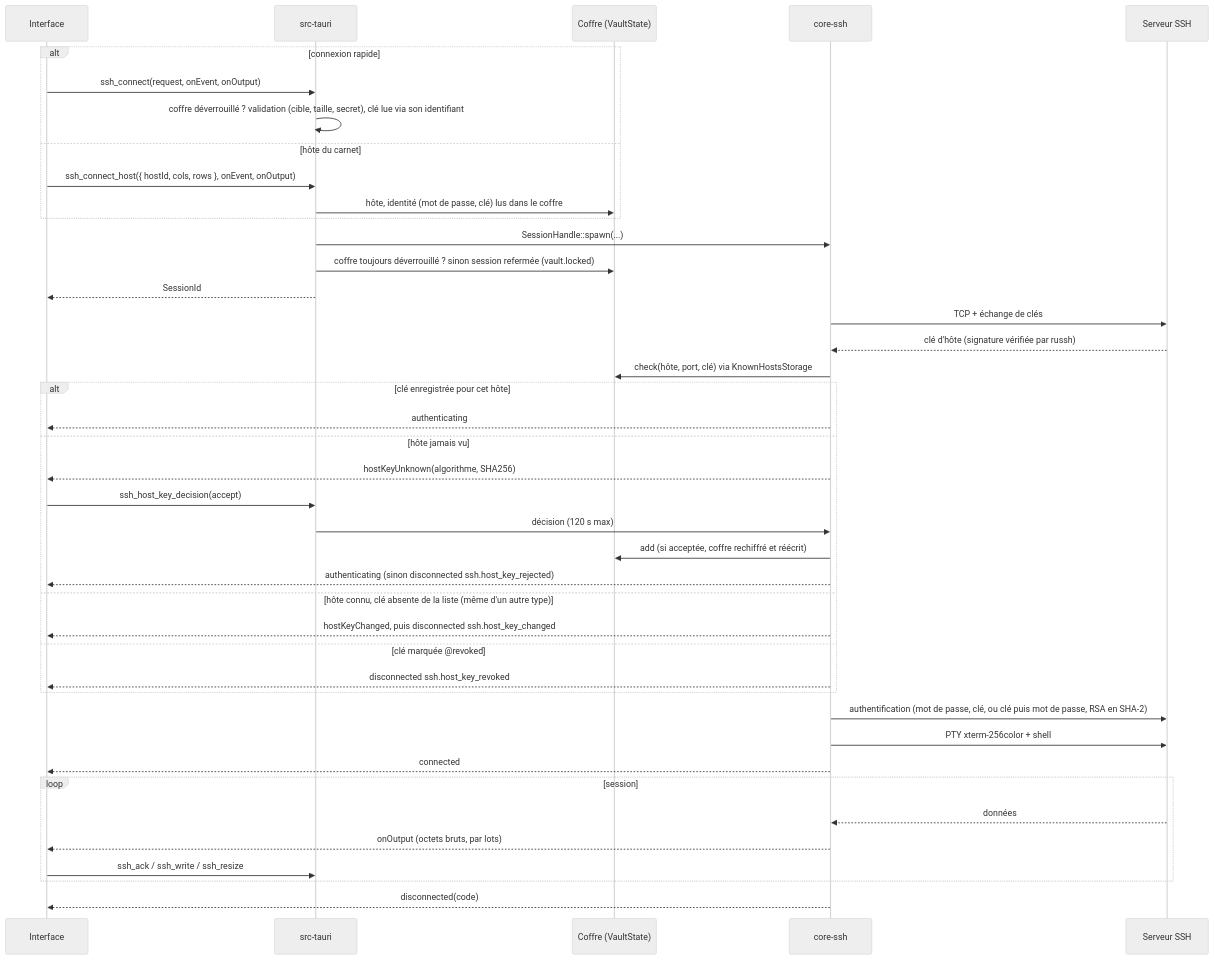
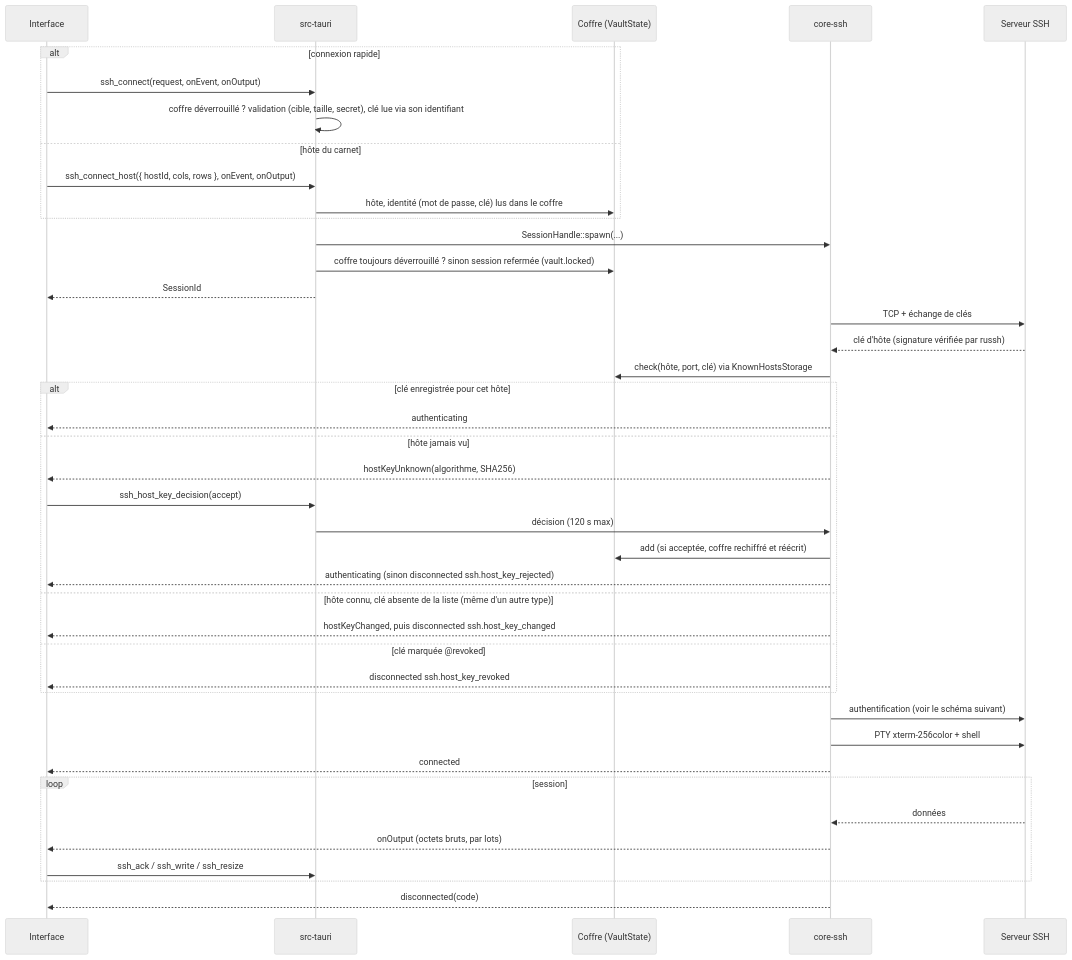
Before and after one commit to mlft9/vigie: the fourth of 5 diagrams in docs/ARCHITECTURE.md, drawn with Mermaid (neutral theme). The commit also changed other lines of this file and 4 other files, not shown here.

Commit message:
docs: documente l'étape 3 (architecture, ADR-031 à 033, changelog)

````diff
--- a/docs/ARCHITECTURE.md
+++ b/docs/ARCHITECTURE.md
@@ -324,43 +352,43 @@
 ```mermaid
 sequenceDiagram
     participant UI as Interface
     participant C as src-tauri
     participant V as Coffre (VaultState)
     participant S as core-ssh
     participant SRV as Serveur SSH
     alt connexion rapide
         UI->>C: ssh_connect(request, onEvent, onOutput)
         C->>C: coffre déverrouillé ? validation (cible, taille, secret), clé lue via son identifiant
     else hôte du carnet
         UI->>C: ssh_connect_host({ hostId, cols, rows }, onEvent, onOutput)
         C->>V: hôte, identité (mot de passe, clé) lus dans le coffre
     end
     C->>S: SessionHandle::spawn(...)
     C->>V: coffre toujours déverrouillé ? sinon session refermée (vault.locked)
     C-->>UI: SessionId
     S->>SRV: TCP + échange de clés
     SRV-->>S: clé d'hôte (signature vérifiée par russh)
     S->>V: check(hôte, port, clé) via KnownHostsStorage
     alt clé enregistrée pour cet hôte
         S-->>UI: authenticating
     else hôte jamais vu
         S-->>UI: hostKeyUnknown(algorithme, SHA256)
         UI->>C: ssh_host_key_decision(accept)
         C->>S: décision (120 s max)
         S->>V: add (si acceptée, coffre rechiffré et réécrit)
         S-->>UI: authenticating (sinon disconnected ssh.host_key_rejected)
     else hôte connu, clé absente de la liste (même d'un autre type)
         S-->>UI: hostKeyChanged, puis disconnected ssh.host_key_changed
     else clé marquée @revoked
         S-->>UI: disconnected ssh.host_key_revoked
     end
-    S->>SRV: authentification (mot de passe, clé, ou clé puis mot de passe, RSA en SHA-2)
+    S->>SRV: authentification (voir le schéma suivant)
     S->>SRV: PTY xterm-256color + shell
     S-->>UI: connected
     loop session
         SRV-->>S: données
         S-->>UI: onOutput (octets bruts, par lots)
         UI->>C: ssh_ack / ssh_write / ssh_resize
     end
     S-->>UI: disconnected(code)
 ```
````
